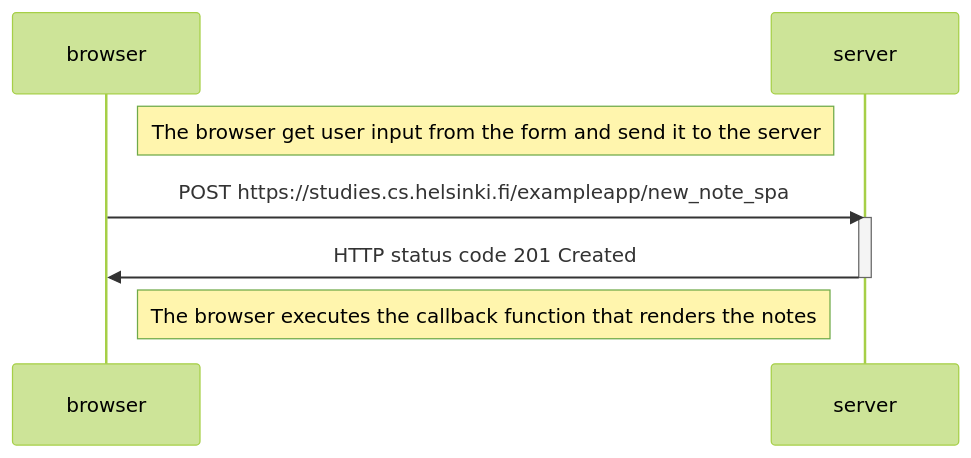
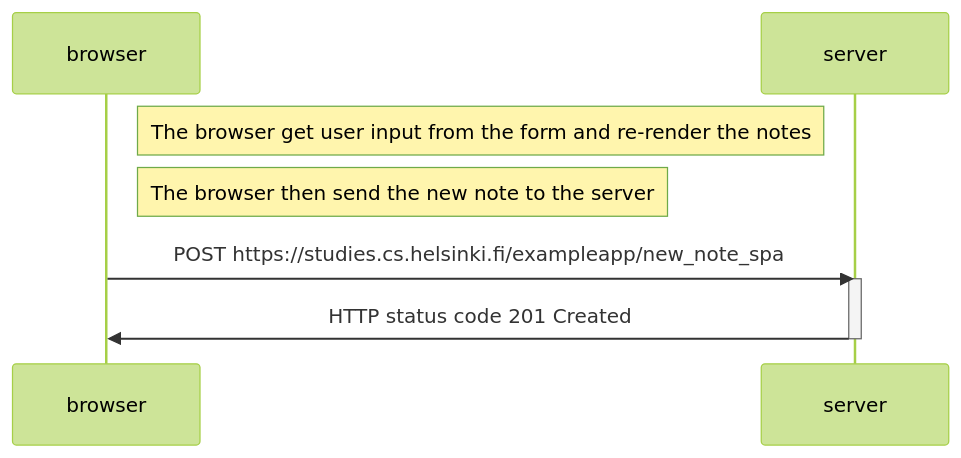
One commit to duongkhanhho/fullstack-open changed the diagram in part0/exercise6.md. Above: the diagram before and after it, drawn with Mermaid (forest theme). The commit also changed 1 other file, not shown here.

Commit message:
edited exercises 0.4 and 0.6

````diff
--- a/part0/exercise6.md
+++ b/part0/exercise6.md
@@ -1,15 +1,17 @@
 ```mermaid
 
 sequenceDiagram
    participant browser
    participant server
 
-   Note right of browser: The browser get user input from the form and send it to the server
+   Note right of browser: The browser get user input from the form and re-render the notes
+
+   Note right of browser: The browser then send the new note to the server
 
    browser->>server: POST https://studies.cs.helsinki.fi/exampleapp/new_note_spa
    activate server
    server->>browser: HTTP status code 201 Created
    deactivate server
 
-   Note right of browser: The browser executes the callback function that renders the notes
+
 ```
````
